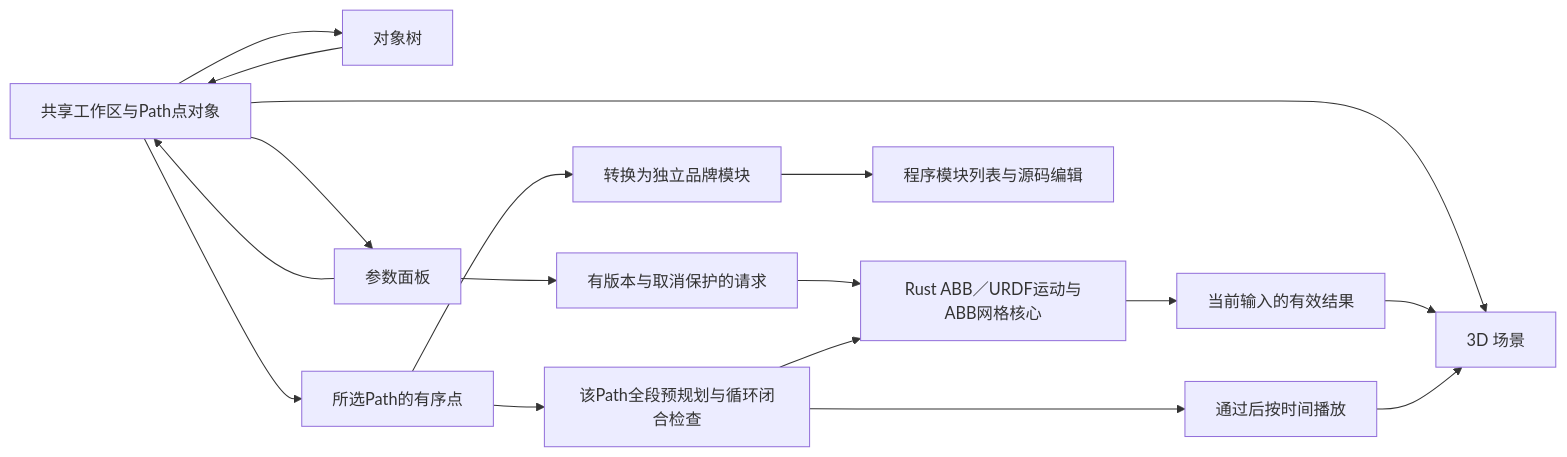
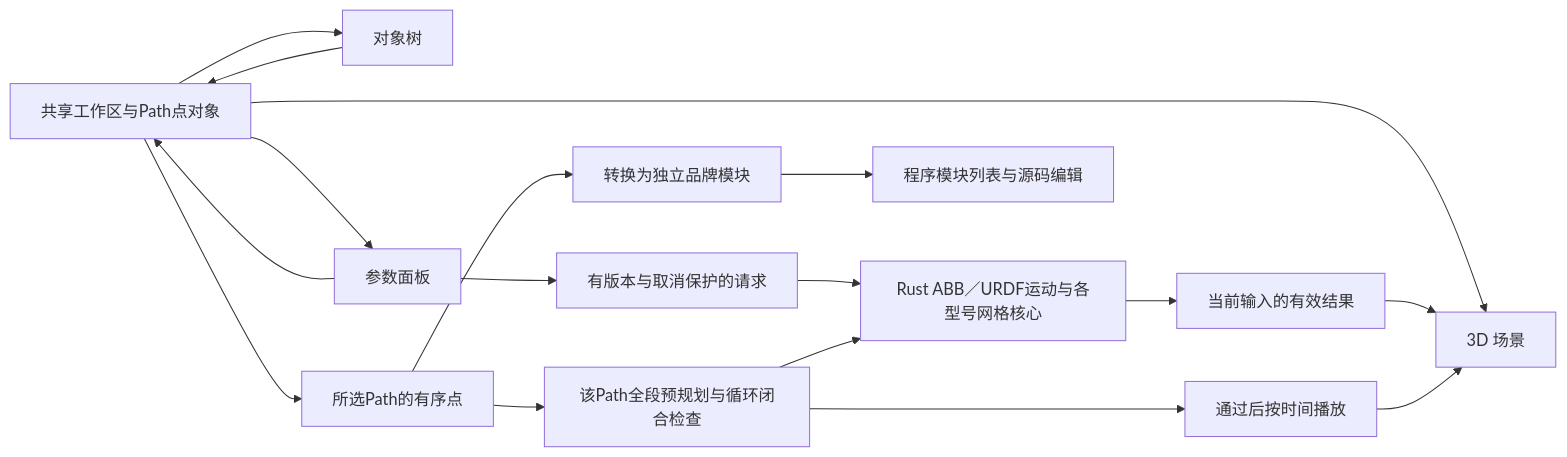
Before and after one commit to ecojust/emulation: the diagram in docs/workspace-architecture.md, drawn with Mermaid. The commit also changed other lines of this file and 93 other files, not shown here.

````diff
--- a/docs/workspace-architecture.md
+++ b/docs/workspace-architecture.md
@@ -32,19 +42,19 @@
 ```mermaid
 flowchart LR
     W[共享工作区与Path点对象] --> L[对象树]
     W --> S[3D 场景]
     W --> I[参数面板]
     I --> Q[有版本与取消保护的请求]
-    Q --> R[Rust ABB／URDF运动与ABB网格核心]
+    Q --> R[Rust ABB／URDF运动与各型号网格核心]
     R --> V[当前输入的有效结果]
     V --> S
     W --> P[所选Path的有序点]
     P --> M[转换为独立品牌模块]
     M --> C[程序模块列表与源码编辑]
     P --> T[该Path全段预规划与循环闭合检查]
     T --> R
     T --> A[通过后按时间播放]
     A --> S
     I --> W
     L --> W
 ```
````
